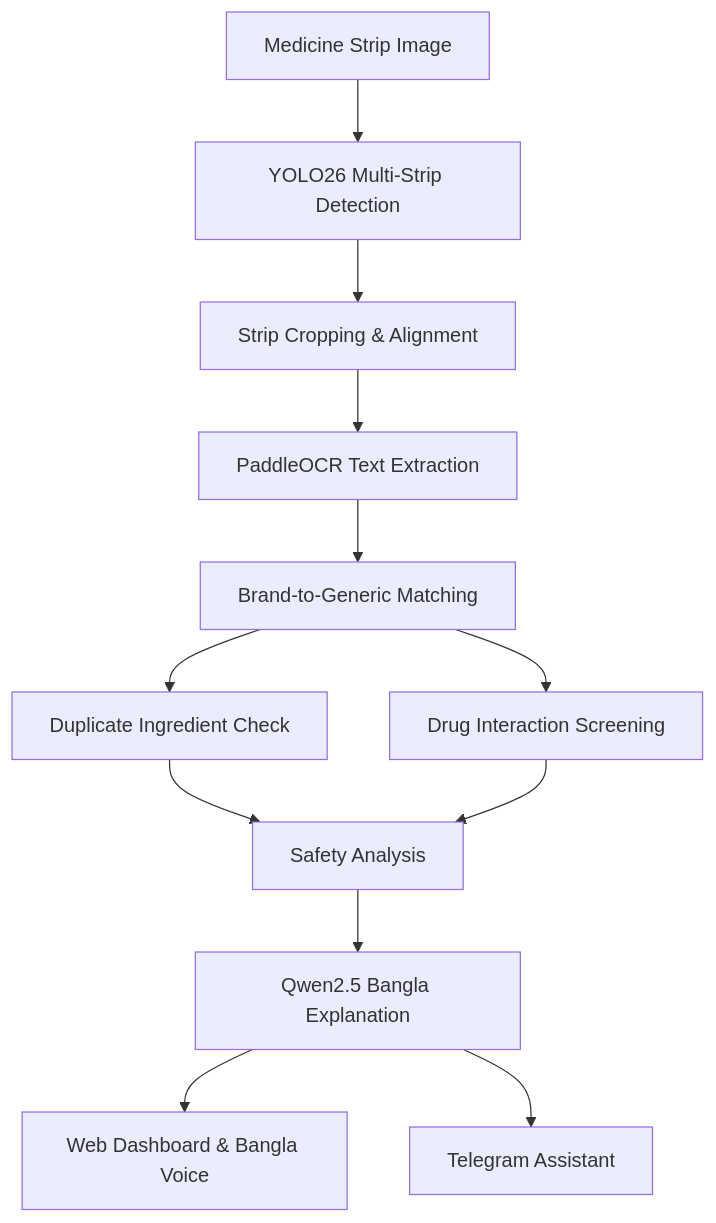
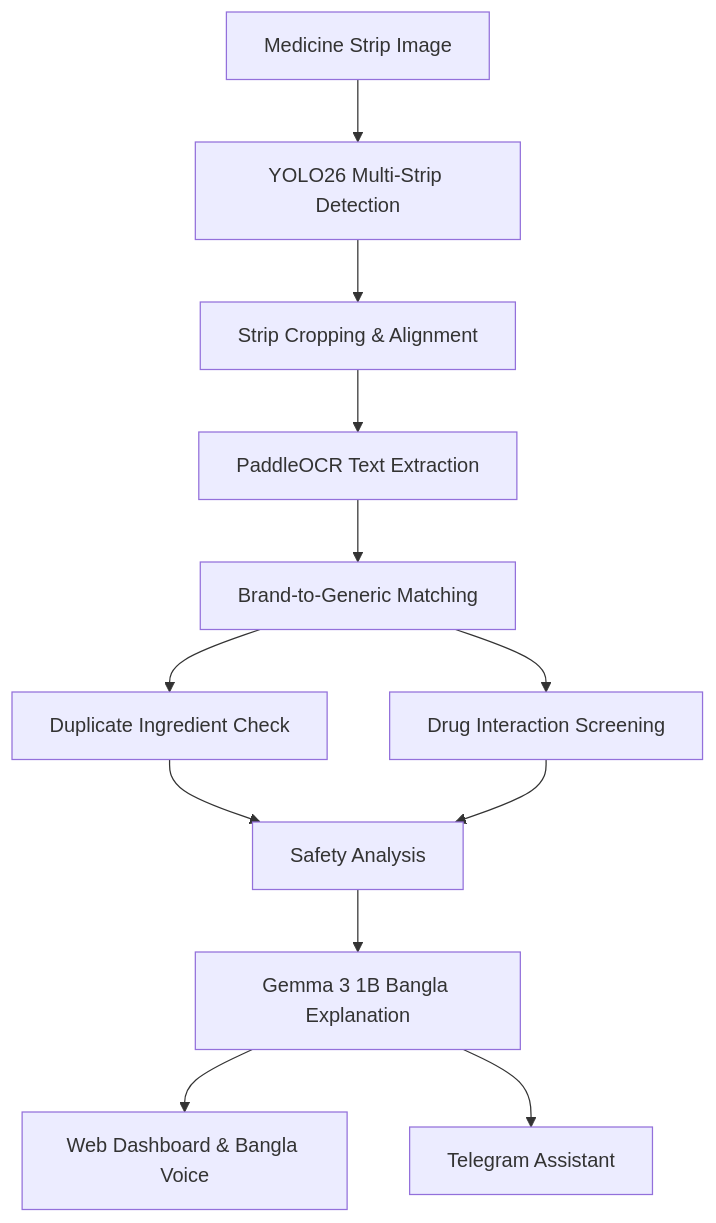
The diagram in README.md (rhridoyhossan/OushudhCheck), drawn with Mermaid before and after one commit. The commit also changed other lines of this file and 22 other files, not shown here.

````diff
--- a/README.md
+++ b/README.md
@@ -70,14 +70,14 @@
 ```mermaid
 flowchart TD
     A["Medicine Strip Image"] --> B["YOLO26 Multi-Strip Detection"]
     B --> C["Strip Cropping & Alignment"]
     C --> D["PaddleOCR Text Extraction"]
     D --> E["Brand-to-Generic Matching"]
     E --> F["Duplicate Ingredient Check"]
     E --> G["Drug Interaction Screening"]
     F --> H["Safety Analysis"]
     G --> H
-    H --> I["Qwen2.5 Bangla Explanation"]
+    H --> I["Gemma 3 1B Bangla Explanation"]
     I --> J["Web Dashboard & Bangla Voice"]
     I --> K["Telegram Assistant"]
 ```
````
